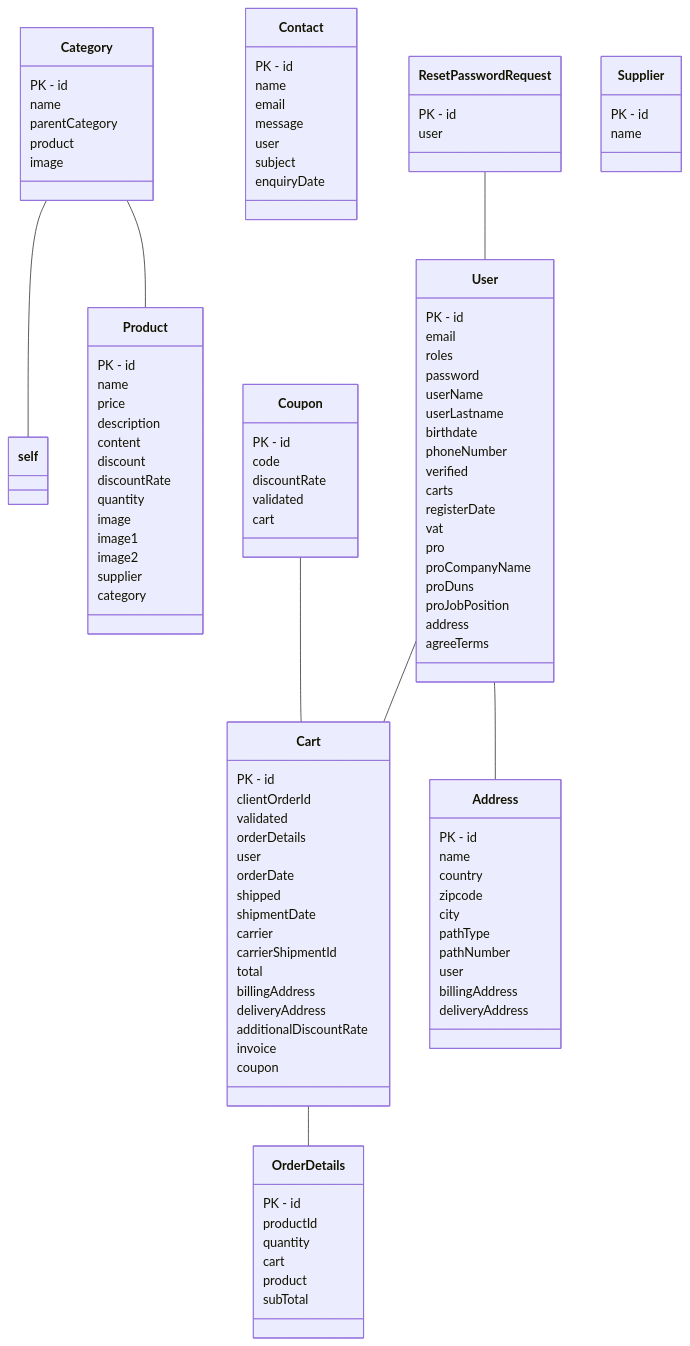
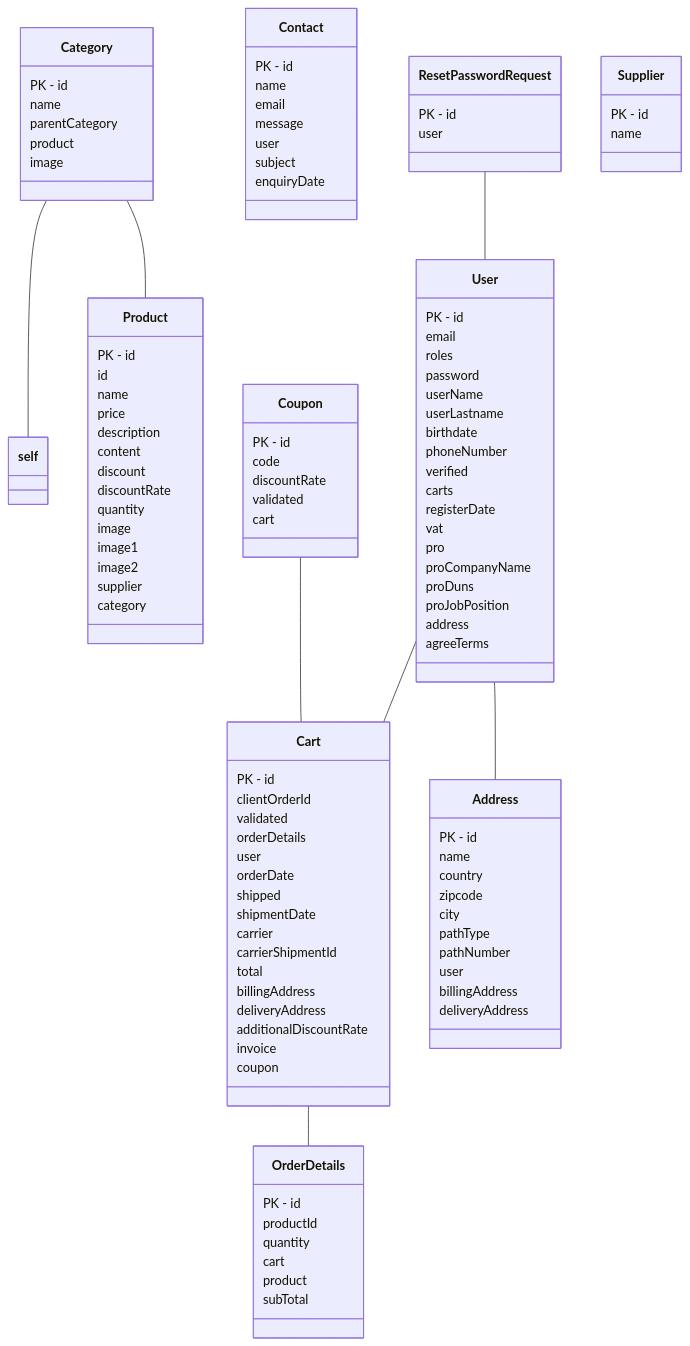
One commit to AlexisDonato/MUSE-Fil_Rouge changed the diagram in UML.md. Above: the diagram before and after it, drawn with Mermaid. The commit also changed 705 other files, not shown here.

```diff
--- a/UML.md
+++ b/UML.md
@@ -74,6 +74,7 @@
 
 class Product{
 PK - id
+id
 name
 price
 description
```
